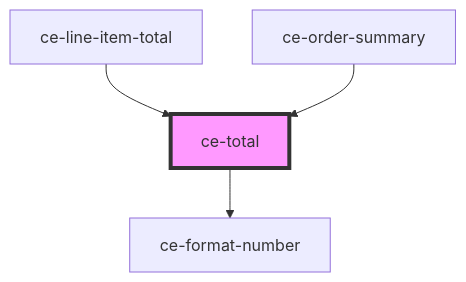
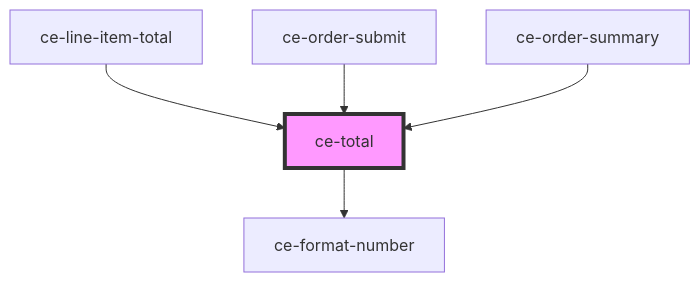
Before and after one commit to surecart/surecart-wp-plugin: the diagram in packages/components/src/components/controllers/checkout-form/total/readme.md, drawn with Mermaid. The commit also changed other lines of this file and 84 other files, not shown here.

````diff
--- a/packages/components/src/components/controllers/checkout-form/total/readme.md
+++ b/packages/components/src/components/controllers/checkout-form/total/readme.md
@@ -28,7 +29,8 @@
 ```mermaid
 graph TD;
   ce-total --> ce-format-number
   ce-line-item-total --> ce-total
+  ce-order-submit --> ce-total
   ce-order-summary --> ce-total
   style ce-total fill:#f9f,stroke:#333,stroke-width:4px
 ```
````
